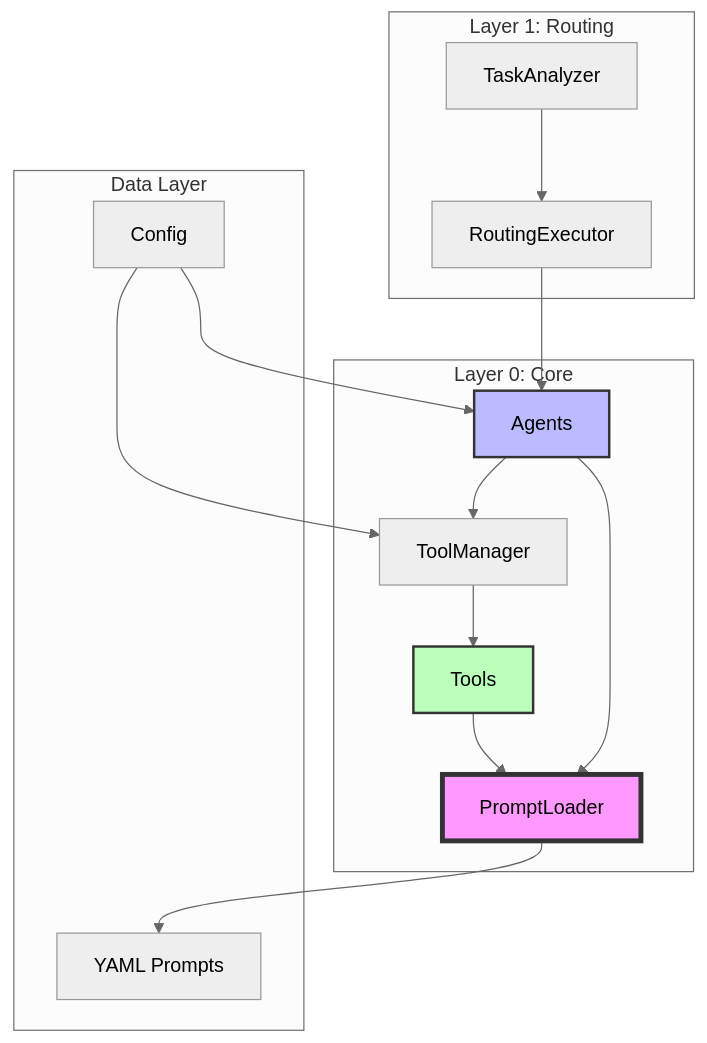
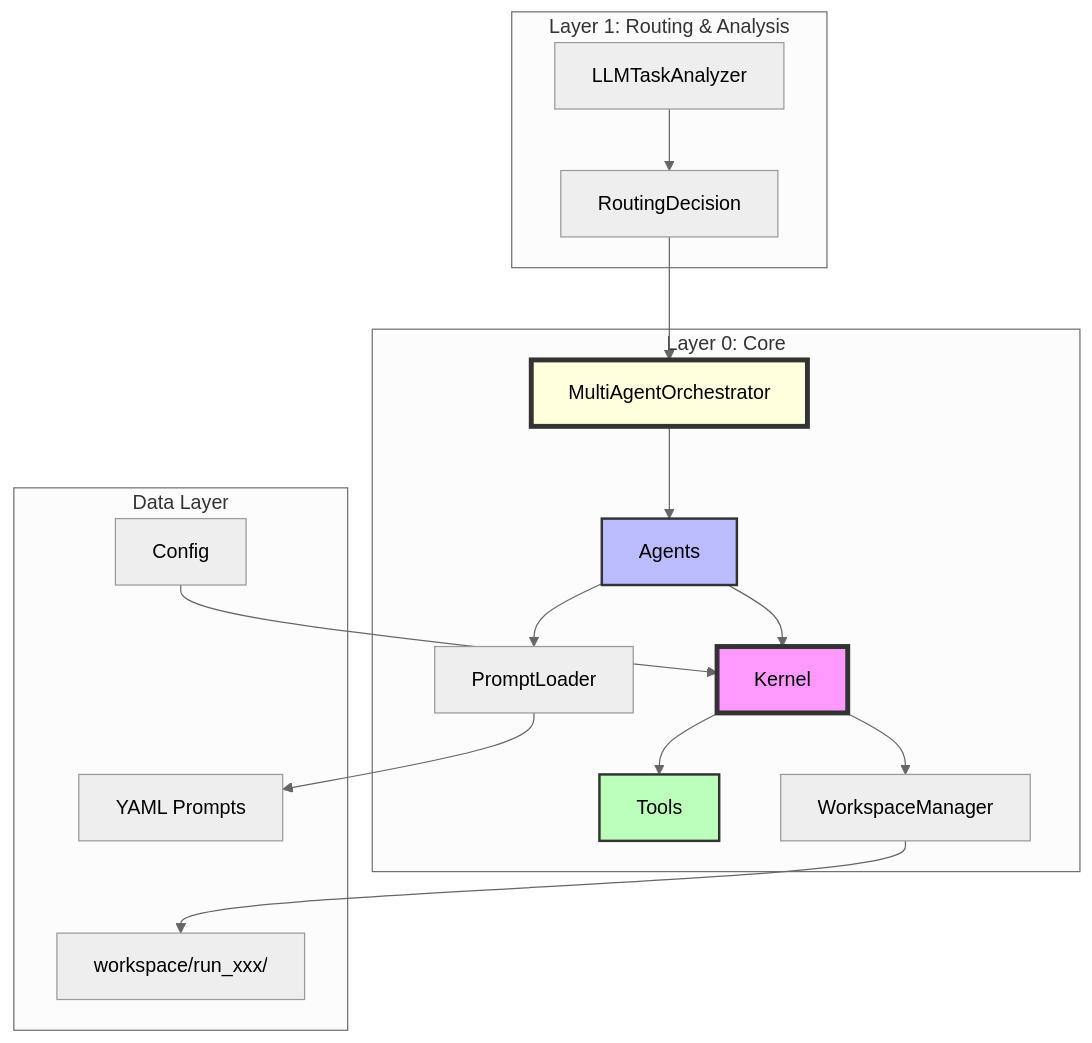
One commit to Zenobia000/core_agentic_brain changed the diagram in docs/project_architecture/INTEGRATION_ARCHITECTURE.md. Above: the diagram before and after it, drawn with Mermaid (neutral theme). The commit also changed other lines of this file and 127 other files, not shown here.

````diff
--- a/docs/project_architecture/INTEGRATION_ARCHITECTURE.md
+++ b/docs/project_architecture/INTEGRATION_ARCHITECTURE.md
@@ -9,24 +9,26 @@
 ```mermaid
 graph TB
-    subgraph "Layer 1: Routing"
-        A[TaskAnalyzer] --> B[RoutingExecutor]
+    subgraph "Layer 1: Routing & Analysis"
+        A[LLMTaskAnalyzer] --> B[RoutingDecision]
     end
 
     subgraph "Layer 0: Core"
-        B --> C[Agents]
+        B --> O[MultiAgentOrchestrator]
+        O --> C[Agents]
         C --> D[PromptLoader]
-        C --> E[ToolManager]
-        E --> F[Tools]
-        F --> D
+        C --> K[Kernel]
+        K --> E[Tools]
+        K --> W[WorkspaceManager]
     end
 
     subgraph "Data Layer"
         D --> G[YAML Prompts]
-        H[Config] --> C
-        H --> E
+        H[Config] --> K
+        W --> WD[workspace/run_xxx/]
     end
 
-    style D fill:#f9f,stroke:#333,stroke-width:4px
+    style O fill:#ffd,stroke:#333,stroke-width:4px
+    style K fill:#f9f,stroke:#333,stroke-width:4px
     style C fill:#bbf,stroke:#333,stroke-width:2px
-    style F fill:#bfb,stroke:#333,stroke-width:2px
+    style E fill:#bfb,stroke:#333,stroke-width:2px
 ```
````
